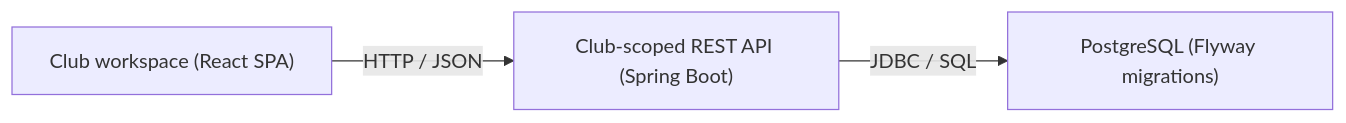
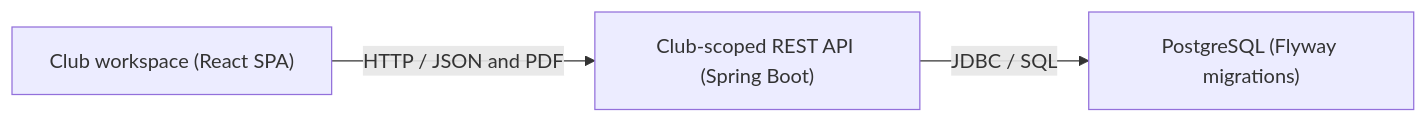
Before and after one commit to diegnghtmr/roster-edge: the diagram in README.md, drawn with Mermaid. The commit also changed other lines of this file and 21 other files, not shown here.

First line of the commit message:
feat(reports): download backend PDFs and drop @react-pdf/renderer

````diff
--- a/README.md
+++ b/README.md
@@ -95,5 +96,5 @@
 ```mermaid
 flowchart LR
-    SPA["Club workspace (React SPA)"] -->|"HTTP / JSON"| API["Club-scoped REST API (Spring Boot)"]
+    SPA["Club workspace (React SPA)"] -->|"HTTP / JSON and PDF"| API["Club-scoped REST API (Spring Boot)"]
     API -->|"JDBC / SQL"| DB["PostgreSQL (Flyway migrations)"]
 ```
````
